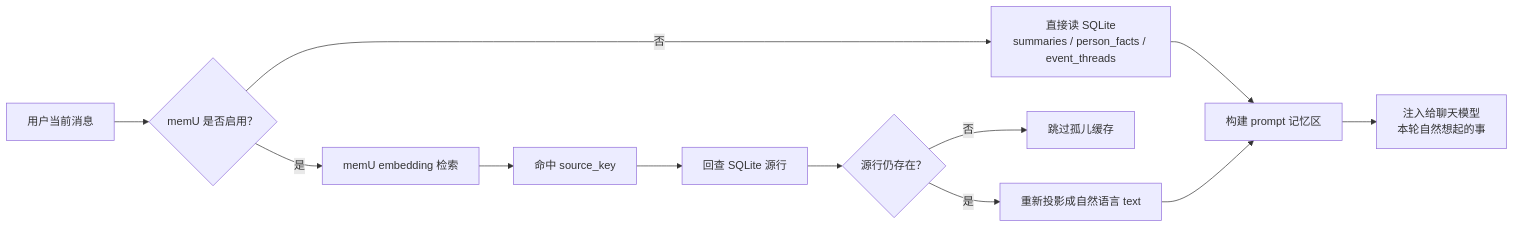
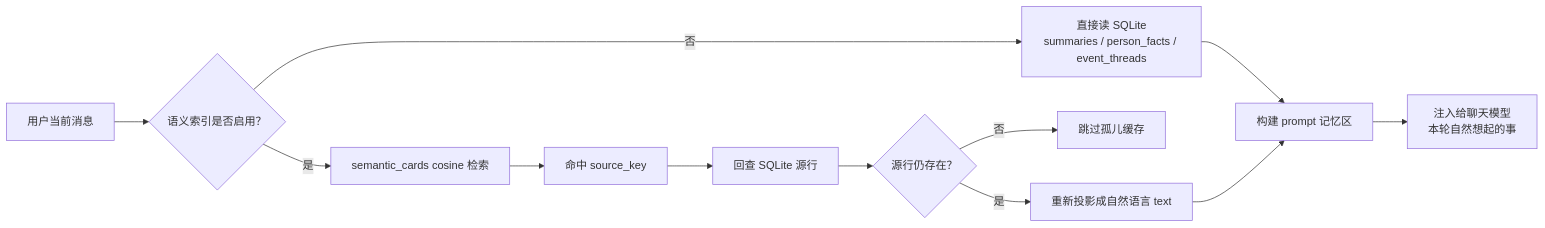
One commit to milkmilki/PuPuBot changed the second of 4 diagrams in README.md. Above: the diagram before and after it, drawn with Mermaid. The commit also changed other lines of this file and 58 other files, not shown here.

````diff
--- a/README.md
+++ b/README.md
@@ -121,14 +121,14 @@
 ```mermaid
 flowchart LR
-    A["用户当前消息"] --> B{"memU 是否启用？"}
+    A["用户当前消息"] --> B{"语义索引是否启用？"}
     B -- "否" --> C["直接读 SQLite<br/>summaries / person_facts / event_threads"]
-    B -- "是" --> D["memU embedding 检索"]
+    B -- "是" --> D["semantic_cards cosine 检索"]
     D --> E["命中 source_key"]
     E --> F["回查 SQLite 源行"]
     F --> G{"源行仍存在？"}
     G -- "否" --> H["跳过孤儿缓存"]
     G -- "是" --> I["重新投影成自然语言 text"]
     C --> J["构建 prompt 记忆区"]
     I --> J
     J --> K["注入给聊天模型<br/>本轮自然想起的事"]
 ```
````
